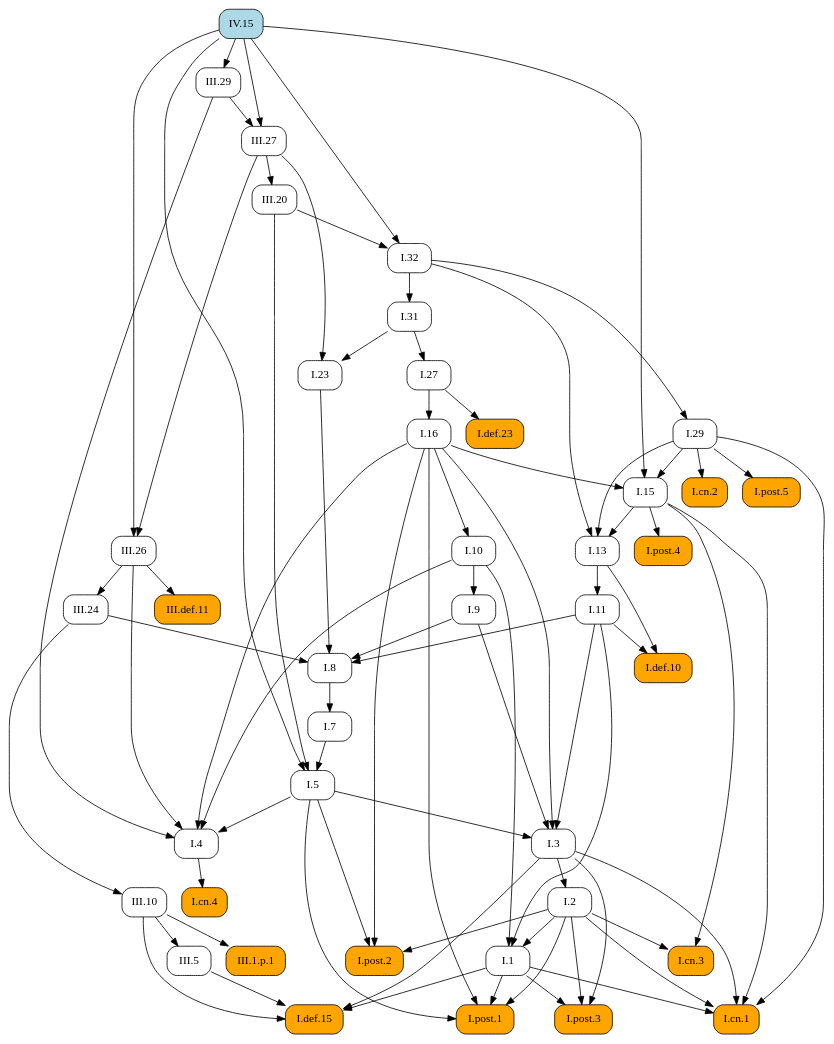
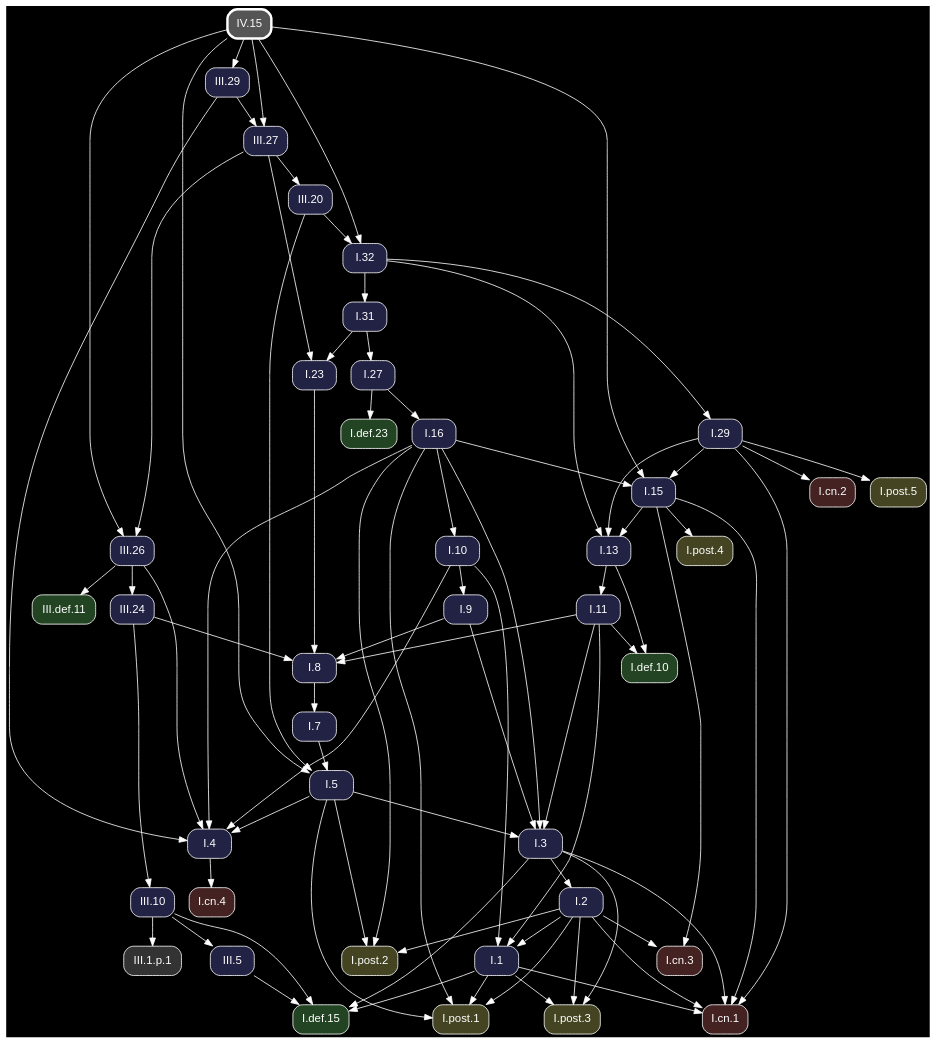
One commit to geometor/elements changed the diagram in docsrc/heath/IV/15/index.rst. Above: the diagram before and after it, drawn with Graphviz. The commit also changed other lines of this file and 1200 other files, not shown here.

Commit message:
update dependency graphs

```diff
--- a/docsrc/heath/IV/15/index.rst
+++ b/docsrc/heath/IV/15/index.rst
@@ -132,123 +132,125 @@
 .. graphviz::
 
    digraph {
+     bgcolor="black";
+     node [shape=box, style="rounded,filled", fontname="Helvetica", color="white", fontcolor="white"];
+     edge [color="white", fontcolor="white"];
      rankdir="TB";
-     node [shape=box, style=rounded];
-     "I.23" [URL="/heath/I/23/", target="_top"];
-     "I.9" [URL="/heath/I/9/", target="_top"];
-     "I.32" [URL="/heath/I/32/", target="_top"];
-     "III.24" [URL="/heath/III/24/", target="_top"];
-     "I.def.15" [style="rounded,filled", fillcolor=orange, URL="/heath/I/def.15/", target="_top"];
-     "III.def.11" [style="rounded,filled", fillcolor=orange, URL="/heath/III/def.11/", target="_top"];
-     "I.post.1" [style="rounded,filled", fillcolor=orange, URL="/heath/I/post.1/", target="_top"];
-     "I.post.3" [style="rounded,filled", fillcolor=orange, URL="/heath/I/post.3/", target="_top"];
-     "III.20" [URL="/heath/III/20/", target="_top"];
-     "III.10" [URL="/heath/III/10/", target="_top"];
-     "I.31" [URL="/heath/I/31/", target="_top"];
-     "I.def.10" [style="rounded,filled", fillcolor=orange, URL="/heath/I/def.10/", target="_top"];
-     "I.27" [URL="/heath/I/27/", target="_top"];
-     "I.3" [URL="/heath/I/3/", target="_top"];
-     "III.5" [URL="/heath/III/5/", target="_top"];
-     "I.cn.1" [style="rounded,filled", fillcolor=orange, URL="/heath/I/cn.1/", target="_top"];
-     "I.7" [URL="/heath/I/7/", target="_top"];
-     "I.2" [URL="/heath/I/2/", target="_top"];
-     "III.27" [URL="/heath/III/27/", target="_top"];
-     "III.26" [URL="/heath/III/26/", target="_top"];
-     "I.13" [URL="/heath/I/13/", target="_top"];
-     "I.post.4" [style="rounded,filled", fillcolor=orange, URL="/heath/I/post.4/", target="_top"];
-     "I.4" [URL="/heath/I/4/", target="_top"];
-     "III.29" [URL="/heath/III/29/", target="_top"];
-     "I.1" [URL="/heath/I/1/", target="_top"];
-     "I.5" [URL="/heath/I/5/", target="_top"];
-     "I.8" [URL="/heath/I/8/", target="_top"];
-     "I.29" [URL="/heath/I/29/", target="_top"];
-     "I.cn.3" [style="rounded,filled", fillcolor=orange, URL="/heath/I/cn.3/", target="_top"];
-     "I.16" [URL="/heath/I/16/", target="_top"];
-     "I.15" [URL="/heath/I/15/", target="_top"];
-     "IV.15" [style="rounded,filled", fillcolor=lightblue, URL="/heath/IV/15/", target="_top"];
-     "I.10" [URL="/heath/I/10/", target="_top"];
-     "I.11" [URL="/heath/I/11/", target="_top"];
-     "I.def.23" [style="rounded,filled", fillcolor=orange, URL="/heath/I/def.23/", target="_top"];
-     "III.1.p.1" [style="rounded,filled", fillcolor=orange];
-     "I.cn.2" [style="rounded,filled", fillcolor=orange, URL="/heath/I/cn.2/", target="_top"];
-     "I.post.5" [style="rounded,filled", fillcolor=orange, URL="/heath/I/post.5/", target="_top"];
-     "I.cn.4" [style="rounded,filled", fillcolor=orange, URL="/heath/I/cn.4/", target="_top"];
-     "I.post.2" [style="rounded,filled", fillcolor=orange, URL="/heath/I/post.2/", target="_top"];
+     "I.31" [fillcolor="#222244", URL="/heath/I/31/", target="_top"];
+     "I.32" [fillcolor="#222244", URL="/heath/I/32/", target="_top"];
+     "I.3" [fillcolor="#222244", URL="/heath/I/3/", target="_top"];
+     "I.cn.1" [fillcolor="#442222", URL="/heath/I/cn.1/", target="_top"];
+     "I.def.10" [fillcolor="#224422", URL="/heath/I/def.10/", target="_top"];
+     "I.15" [fillcolor="#222244", URL="/heath/I/15/", target="_top"];
+     "I.13" [fillcolor="#222244", URL="/heath/I/13/", target="_top"];
+     "I.27" [fillcolor="#222244", URL="/heath/I/27/", target="_top"];
+     "I.2" [fillcolor="#222244", URL="/heath/I/2/", target="_top"];
+     "I.cn.2" [fillcolor="#442222", URL="/heath/I/cn.2/", target="_top"];
+     "I.9" [fillcolor="#222244", URL="/heath/I/9/", target="_top"];
+     "I.1" [fillcolor="#222244", URL="/heath/I/1/", target="_top"];
+     "I.post.5" [fillcolor="#444422", URL="/heath/I/post.5/", target="_top"];
+     "I.post.4" [fillcolor="#444422", URL="/heath/I/post.4/", target="_top"];
+     "I.23" [fillcolor="#222244", URL="/heath/I/23/", target="_top"];
+     "III.24" [fillcolor="#222244", URL="/heath/III/24/", target="_top"];
+     "I.4" [fillcolor="#222244", URL="/heath/I/4/", target="_top"];
+     "I.8" [fillcolor="#222244", URL="/heath/I/8/", target="_top"];
+     "III.27" [fillcolor="#222244", URL="/heath/III/27/", target="_top"];
+     "III.1.p.1" [fillcolor="#333333"];
+     "I.7" [fillcolor="#222244", URL="/heath/I/7/", target="_top"];
+     "I.5" [fillcolor="#222244", URL="/heath/I/5/", target="_top"];
+     "III.26" [fillcolor="#222244", URL="/heath/III/26/", target="_top"];
+     "I.10" [fillcolor="#222244", URL="/heath/I/10/", target="_top"];
+     "III.29" [fillcolor="#222244", URL="/heath/III/29/", target="_top"];
+     "III.10" [fillcolor="#222244", URL="/heath/III/10/", target="_top"];
+     "I.post.1" [fillcolor="#444422", URL="/heath/I/post.1/", target="_top"];
+     "I.11" [fillcolor="#222244", URL="/heath/I/11/", target="_top"];
+     "I.16" [fillcolor="#222244", URL="/heath/I/16/", target="_top"];
+     "I.cn.3" [fillcolor="#442222", URL="/heath/I/cn.3/", target="_top"];
+     "I.post.2" [fillcolor="#444422", URL="/heath/I/post.2/", target="_top"];
+     "I.29" [fillcolor="#222244", URL="/heath/I/29/", target="_top"];
+     "I.cn.4" [fillcolor="#442222", URL="/heath/I/cn.4/", target="_top"];
+     "I.def.23" [fillcolor="#224422", URL="/heath/I/def.23/", target="_top"];
+     "I.post.3" [fillcolor="#444422", URL="/heath/I/post.3/", target="_top"];
+     "III.20" [fillcolor="#222244", URL="/heath/III/20/", target="_top"];
+     "IV.15" [penwidth=3, color="white", fillcolor="#555555", URL="/heath/IV/15/", target="_top"];
+     "III.5" [fillcolor="#222244", URL="/heath/III/5/", target="_top"];
+     "I.def.15" [fillcolor="#224422", URL="/heath/I/def.15/", target="_top"];
+     "III.def.11" [fillcolor="#224422", URL="/heath/III/def.11/", target="_top"];
+     "I.32" -> "I.31";
+     "III.20" -> "I.32";
+     "IV.15" -> "I.32";
+     "I.5" -> "I.3";
+     "I.9" -> "I.3";
+     "I.11" -> "I.3";
+     "I.16" -> "I.3";
+     "I.1" -> "I.cn.1";
+     "I.2" -> "I.cn.1";
+     "I.3" -> "I.cn.1";
+     "I.15" -> "I.cn.1";
+     "I.29" -> "I.cn.1";
+     "I.11" -> "I.def.10";
+     "I.13" -> "I.def.10";
+     "I.16" -> "I.15";
+     "I.29" -> "I.15";
+     "IV.15" -> "I.15";
+     "I.15" -> "I.13";
+     "I.29" -> "I.13";
+     "I.32" -> "I.13";
+     "I.31" -> "I.27";
+     "I.3" -> "I.2";
+     "I.29" -> "I.cn.2";
+     "I.10" -> "I.9";
+     "I.2" -> "I.1";
+     "I.10" -> "I.1";
+     "I.11" -> "I.1";
+     "I.29" -> "I.post.5";
+     "I.15" -> "I.post.4";
      "I.31" -> "I.23";
      "III.27" -> "I.23";
-     "I.10" -> "I.9";
-     "III.20" -> "I.32";
-     "IV.15" -> "I.32";
      "III.26" -> "III.24";
+     "I.5" -> "I.4";
+     "I.10" -> "I.4";
+     "I.16" -> "I.4";
+     "III.26" -> "I.4";
+     "III.29" -> "I.4";
+     "I.9" -> "I.8";
+     "I.11" -> "I.8";
+     "I.23" -> "I.8";
+     "III.24" -> "I.8";
+     "III.29" -> "III.27";
+     "IV.15" -> "III.27";
+     "III.10" -> "III.1.p.1";
+     "I.8" -> "I.7";
+     "I.7" -> "I.5";
+     "III.20" -> "I.5";
+     "IV.15" -> "I.5";
+     "III.27" -> "III.26";
+     "IV.15" -> "III.26";
+     "I.16" -> "I.10";
+     "IV.15" -> "III.29";
+     "III.24" -> "III.10";
+     "I.1" -> "I.post.1";
+     "I.2" -> "I.post.1";
+     "I.5" -> "I.post.1";
+     "I.16" -> "I.post.1";
+     "I.13" -> "I.11";
+     "I.27" -> "I.16";
+     "I.2" -> "I.cn.3";
+     "I.15" -> "I.cn.3";
+     "I.2" -> "I.post.2";
+     "I.5" -> "I.post.2";
+     "I.16" -> "I.post.2";
+     "I.32" -> "I.29";
+     "I.4" -> "I.cn.4";
+     "I.27" -> "I.def.23";
+     "I.1" -> "I.post.3";
+     "I.2" -> "I.post.3";
+     "I.3" -> "I.post.3";
+     "III.27" -> "III.20";
+     "III.10" -> "III.5";
      "I.1" -> "I.def.15";
      "I.3" -> "I.def.15";
      "III.5" -> "I.def.15";
      "III.10" -> "I.def.15";
      "III.26" -> "III.def.11";
-     "I.1" -> "I.post.1";
-     "I.2" -> "I.post.1";
-     "I.5" -> "I.post.1";
-     "I.16" -> "I.post.1";
-     "I.1" -> "I.post.3";
-     "I.2" -> "I.post.3";
-     "I.3" -> "I.post.3";
-     "III.27" -> "III.20";
-     "III.24" -> "III.10";
-     "I.32" -> "I.31";
-     "I.11" -> "I.def.10";
-     "I.13" -> "I.def.10";
-     "I.31" -> "I.27";
-     "I.5" -> "I.3";
-     "I.9" -> "I.3";
-     "I.11" -> "I.3";
-     "I.16" -> "I.3";
-     "III.10" -> "III.5";
-     "I.1" -> "I.cn.1";
-     "I.2" -> "I.cn.1";
-     "I.3" -> "I.cn.1";
-     "I.15" -> "I.cn.1";
-     "I.29" -> "I.cn.1";
-     "I.8" -> "I.7";
-     "I.3" -> "I.2";
-     "III.29" -> "III.27";
-     "IV.15" -> "III.27";
-     "III.27" -> "III.26";
-     "IV.15" -> "III.26";
-     "I.15" -> "I.13";
-     "I.29" -> "I.13";
-     "I.32" -> "I.13";
-     "I.15" -> "I.post.4";
-     "I.5" -> "I.4";
-     "I.10" -> "I.4";
-     "I.16" -> "I.4";
-     "III.26" -> "I.4";
-     "III.29" -> "I.4";
-     "IV.15" -> "III.29";
-     "I.2" -> "I.1";
-     "I.10" -> "I.1";
-     "I.11" -> "I.1";
-     "I.7" -> "I.5";
-     "III.20" -> "I.5";
-     "IV.15" -> "I.5";
-     "I.9" -> "I.8";
-     "I.11" -> "I.8";
-     "I.23" -> "I.8";
-     "III.24" -> "I.8";
-     "I.32" -> "I.29";
-     "I.2" -> "I.cn.3";
-     "I.15" -> "I.cn.3";
-     "I.27" -> "I.16";
-     "I.16" -> "I.15";
-     "I.29" -> "I.15";
-     "IV.15" -> "I.15";
-     "I.16" -> "I.10";
-     "I.13" -> "I.11";
-     "I.27" -> "I.def.23";
-     "III.10" -> "III.1.p.1";
-     "I.29" -> "I.cn.2";
-     "I.29" -> "I.post.5";
-     "I.4" -> "I.cn.4";
-     "I.2" -> "I.post.2";
-     "I.5" -> "I.post.2";
-     "I.16" -> "I.post.2";
    }
```
